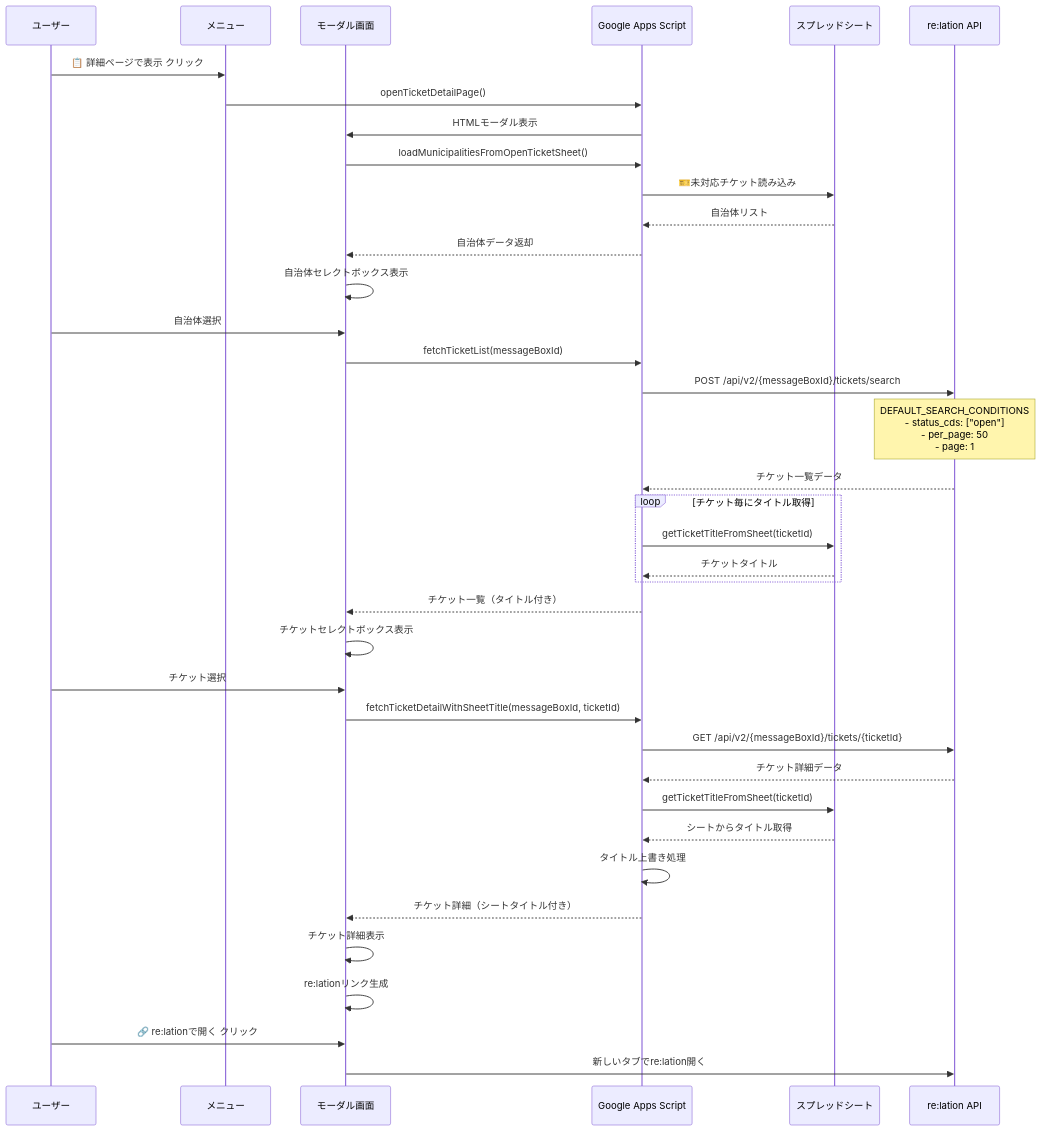
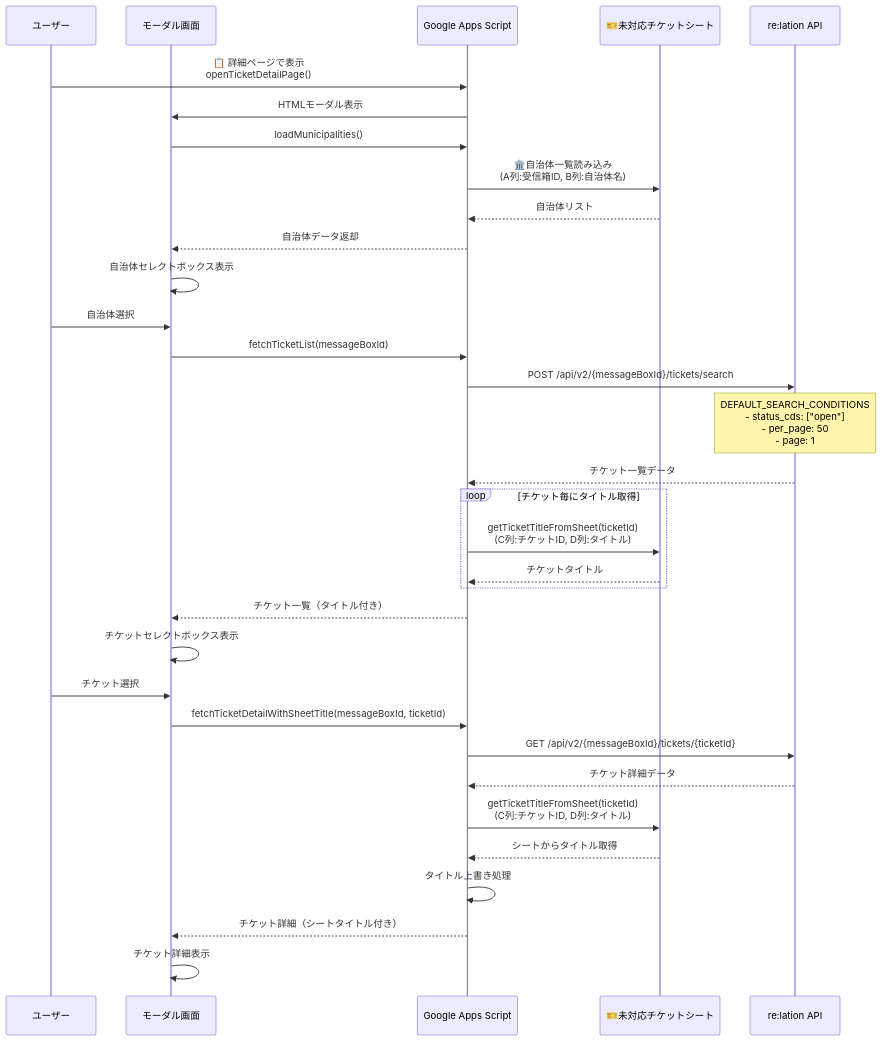
Before and after one commit to steamship-inc/relation-bot: the diagram in ticket-viewer/README.md, drawn with Mermaid. The commit also changed other lines of this file and 2 other files, not shown here.

Commit message:
fix: readme更新

````diff
--- a/ticket-viewer/README.md
+++ b/ticket-viewer/README.md
@@ -7,50 +7,43 @@
 ```mermaid
 sequenceDiagram
     participant User as ユーザー
-    participant Menu as メニュー
     participant Modal as モーダル画面
     participant GAS as Google Apps Script
-    participant Sheet as スプレッドシート
+    participant TicketSheet as 🎫未対応チケットシート
     participant API as re:lation API
     
     %% 初期化フロー
-    User->>Menu: 📋 詳細ページで表示 クリック
-    Menu->>GAS: openTicketDetailPage()
+    User->>GAS: 📋 詳細ページで表示<br/>openTicketDetailPage()
     GAS->>Modal: HTMLモーダル表示
-    Modal->>GAS: loadMunicipalitiesFromOpenTicketSheet()
-    GAS->>Sheet: 🎫未対応チケット読み込み
-    Sheet-->>GAS: 自治体リスト
+    Modal->>GAS: loadMunicipalities()
+    GAS->>TicketSheet: 🏛️自治体一覧読み込み<br/>(A列:受信箱ID, B列:自治体名)
+    TicketSheet-->>GAS: 自治体リスト
     GAS-->>Modal: 自治体データ返却
     Modal->>Modal: 自治体セレクトボックス表示
     
     %% チケット一覧取得フロー
     User->>Modal: 自治体選択
     Modal->>GAS: fetchTicketList(messageBoxId)
     GAS->>API: POST /api/v2/{messageBoxId}/tickets/search
     Note over API: DEFAULT_SEARCH_CONDITIONS<br/>- status_cds: ["open"]<br/>- per_page: 50<br/>- page: 1
     API-->>GAS: チケット一覧データ
     
     loop チケット毎にタイトル取得
-        GAS->>Sheet: getTicketTitleFromSheet(ticketId)
-        Sheet-->>GAS: チケットタイトル
+        GAS->>TicketSheet: getTicketTitleFromSheet(ticketId)<br/>(C列:チケットID, D列:タイトル)
+        TicketSheet-->>GAS: チケットタイトル
     end
     
     GAS-->>Modal: チケット一覧（タイトル付き）
     Modal->>Modal: チケットセレクトボックス表示
     
     %% チケット詳細表示フロー
     User->>Modal: チケット選択
     Modal->>GAS: fetchTicketDetailWithSheetTitle(messageBoxId, ticketId)
     GAS->>API: GET /api/v2/{messageBoxId}/tickets/{ticketId}
     API-->>GAS: チケット詳細データ
-    GAS->>Sheet: getTicketTitleFromSheet(ticketId)
-    Sheet-->>GAS: シートからタイトル取得
+    GAS->>TicketSheet: getTicketTitleFromSheet(ticketId)<br/>(C列:チケットID, D列:タイトル)
+    TicketSheet-->>GAS: シートからタイトル取得
     GAS->>GAS: タイトル上書き処理
     GAS-->>Modal: チケット詳細（シートタイトル付き）
     Modal->>Modal: チケット詳細表示
-    Modal->>Modal: re:lationリンク生成
-    
-    %% 外部リンク
-    User->>Modal: 🔗 re:lationで開く クリック
-    Modal->>API: 新しいタブでre:lation開く
 ```
````
